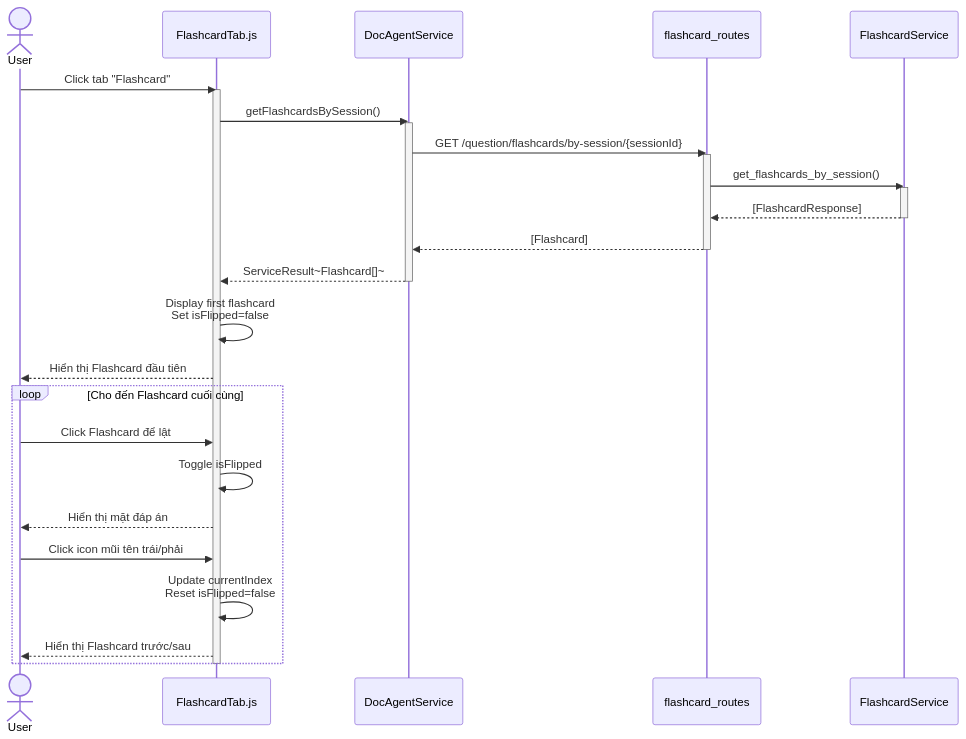
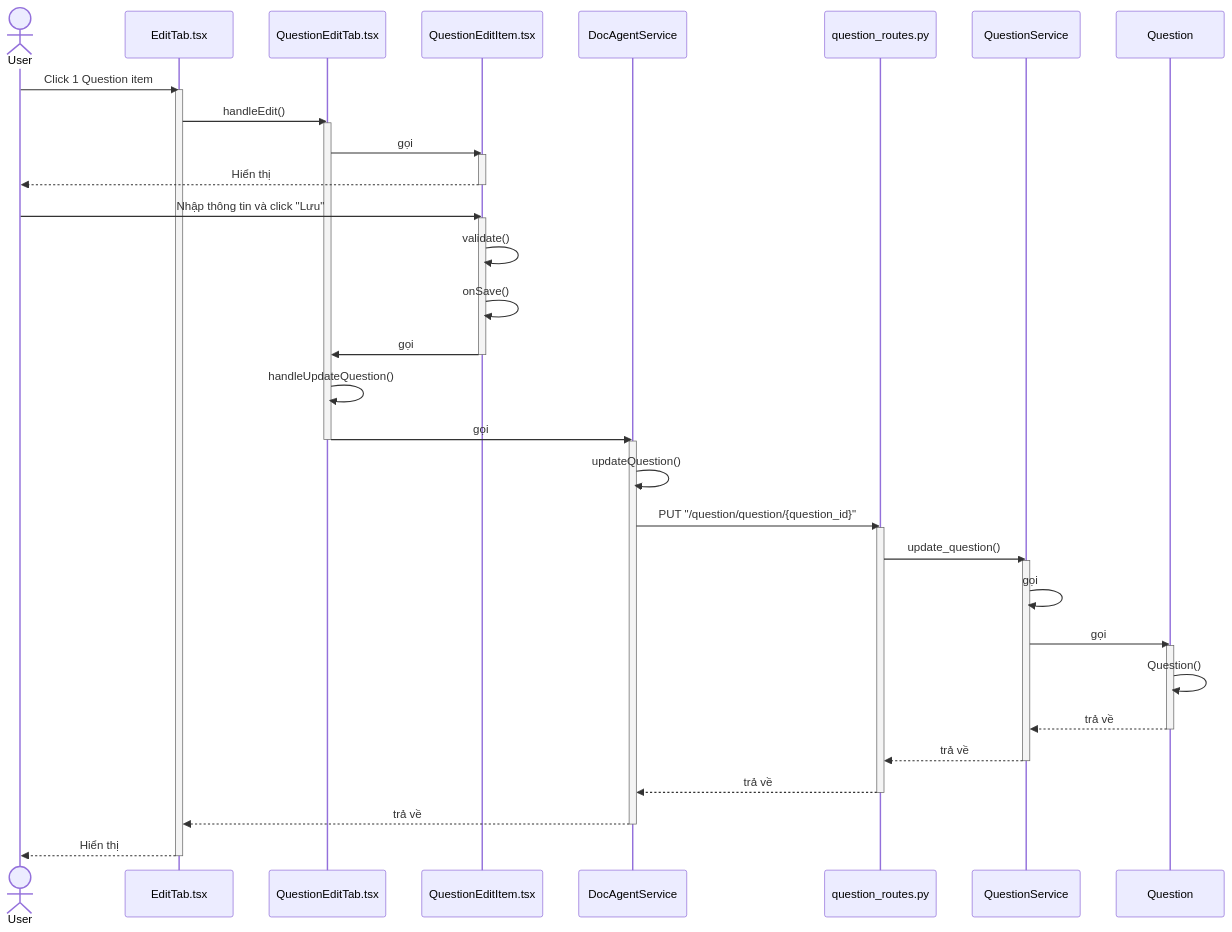
The tenth of 10 diagrams in question/4_question_management_seq.md (mduc-2610/gp_doc), drawn with Mermaid before and after one commit. The commit also changed other lines of this file and 34 other files, not shown here.

````diff
--- a/question/4_question_management_seq.md
+++ b/question/4_question_management_seq.md
@@ -481,44 +548,62 @@
 ```mermaid
 sequenceDiagram
     actor User
-    participant FlashcardTab as FlashcardTab.js
+    participant EditTab as EditTab.tsx
+    participant QuestionEditTab as QuestionEditTab.tsx
+    participant QuestionEditItem as QuestionEditItem.tsx
     participant DocAgentService as DocAgentService
-    participant FlashcardRoutes as flashcard_routes
-    participant FlashcardService as FlashcardService
+    participant QuestionRoutes as question_routes.py
+    participant QuestionService as QuestionService
+    participant Question as Question
 
-    User->>FlashcardTab: Click tab "Flashcard"
-    activate FlashcardTab
+    User->>EditTab: Click 1 Question item
+    activate EditTab
     
-    FlashcardTab->>DocAgentService: getFlashcardsBySession()
+    EditTab->>QuestionEditTab: handleEdit()
+    activate QuestionEditTab
+    
+    QuestionEditTab->>QuestionEditItem: gọi
+    activate QuestionEditItem
+    QuestionEditItem-->>User: Hiển thị
+    deactivate QuestionEditItem
+    
+    User->>QuestionEditItem: Nhập thông tin và click "Lưu"
+    activate QuestionEditItem
+    
+    QuestionEditItem->>QuestionEditItem: validate()
+    QuestionEditItem->>QuestionEditItem: onSave()
+    QuestionEditItem->>QuestionEditTab: gọi
+    deactivate QuestionEditItem
+    
+    QuestionEditTab->>QuestionEditTab: handleUpdateQuestion()
+    QuestionEditTab->>DocAgentService: gọi
+    deactivate QuestionEditTab
     activate DocAgentService
     
-    DocAgentService->>FlashcardRoutes: GET /question/flashcards/by-session/{sessionId}
-    activate FlashcardRoutes
+    DocAgentService->>DocAgentService: updateQuestion()
+    DocAgentService->>QuestionRoutes: PUT "/question/question/{question_id}"
+    activate QuestionRoutes
     
-    FlashcardRoutes->>FlashcardService: get_flashcards_by_session()
-    activate FlashcardService
+    QuestionRoutes->>QuestionService: update_question()
+    activate QuestionService
     
-    FlashcardService-->>FlashcardRoutes: [FlashcardResponse]
-    deactivate FlashcardService
+    QuestionService->>QuestionService: gọi
+    QuestionService->>Question: gọi
+    activate Question
     
-    FlashcardRoutes-->>DocAgentService: [Flashcard]
-    deactivate FlashcardRoutes
+    Question->>Question: Question()
+    Question-->>QuestionService: trả về
+    deactivate Question
     
-    DocAgentService-->>FlashcardTab: ServiceResult~Flashcard[]~
+    QuestionService-->>QuestionRoutes: trả về
+    deactivate QuestionService
+    
+    QuestionRoutes-->>DocAgentService: trả về
+    deactivate QuestionRoutes
+    
+    DocAgentService-->>EditTab: trả về
     deactivate DocAgentService
     
-    FlashcardTab->>FlashcardTab: Display first flashcard<br/>Set isFlipped=false
-    FlashcardTab-->>User: Hiển thị Flashcard đầu tiên
-    
-    loop Cho đến Flashcard cuối cùng
-        User->>FlashcardTab: Click Flashcard để lật
-        FlashcardTab->>FlashcardTab: Toggle isFlipped
-        FlashcardTab-->>User: Hiển thị mặt đáp án
-        
-        User->>FlashcardTab: Click icon mũi tên trái/phải
-        FlashcardTab->>FlashcardTab: Update currentIndex<br/>Reset isFlipped=false
-        FlashcardTab-->>User: Hiển thị Flashcard trước/sau
-    end
-    
-    deactivate FlashcardTab
+    EditTab-->>User: Hiển thị
+    deactivate EditTab
 ```
````
